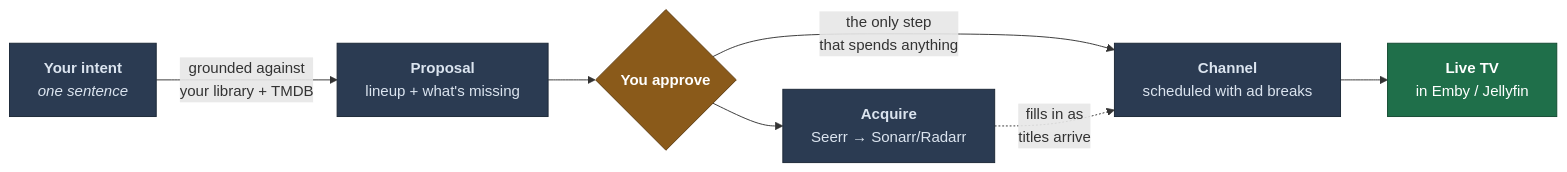
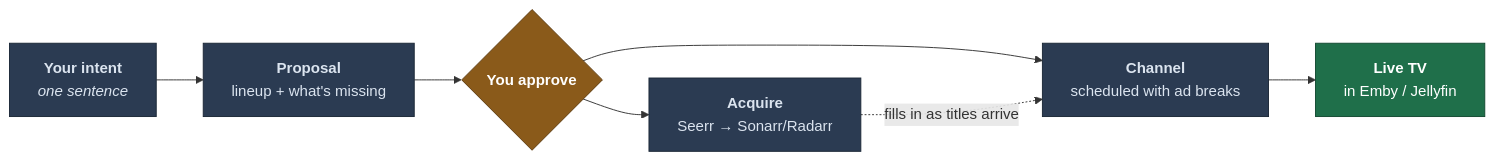
Before and after one commit to loomarr/loomarr: the diagram in README.md, drawn with Mermaid. The commit also changed other lines of this file and 16 other files, not shown here.

````diff
--- a/README.md
+++ b/README.md
@@ -15,23 +14,23 @@
 ```mermaid
 graph LR
   I["<b>Your intent</b><br/><i>one sentence</i>"]
   P["<b>Proposal</b><br/>lineup + what's missing"]
   A{"<b>You approve</b>"}
   C["<b>Channel</b><br/>scheduled with ad breaks"]
   T["<b>Live TV</b><br/>in Emby / Jellyfin"]
   Q["<b>Acquire</b><br/>Seerr → Sonarr/Radarr"]
 
-  I -->|"grounded against<br/>your library + TMDB"| P
+  I --> P
   P --> A
-  A -->|"the only step<br/>that spends anything"| C
+  C --> T
+  A --> C
   A --> Q
-  C --> T
-  Q -.->|"fills in as<br/>titles arrive"| C
+  Q -.->|"fills in as titles arrive"| C
 
   classDef hi fill:#8a5a1a,stroke:#5c3b10,color:#fff
   classDef norm fill:#2b3b52,stroke:#1b2736,color:#dbe4ef
   classDef go fill:#1f6f4a,stroke:#134a31,color:#fff
   class A hi
   class T go
   class I,P,C,Q norm
 ```
````
